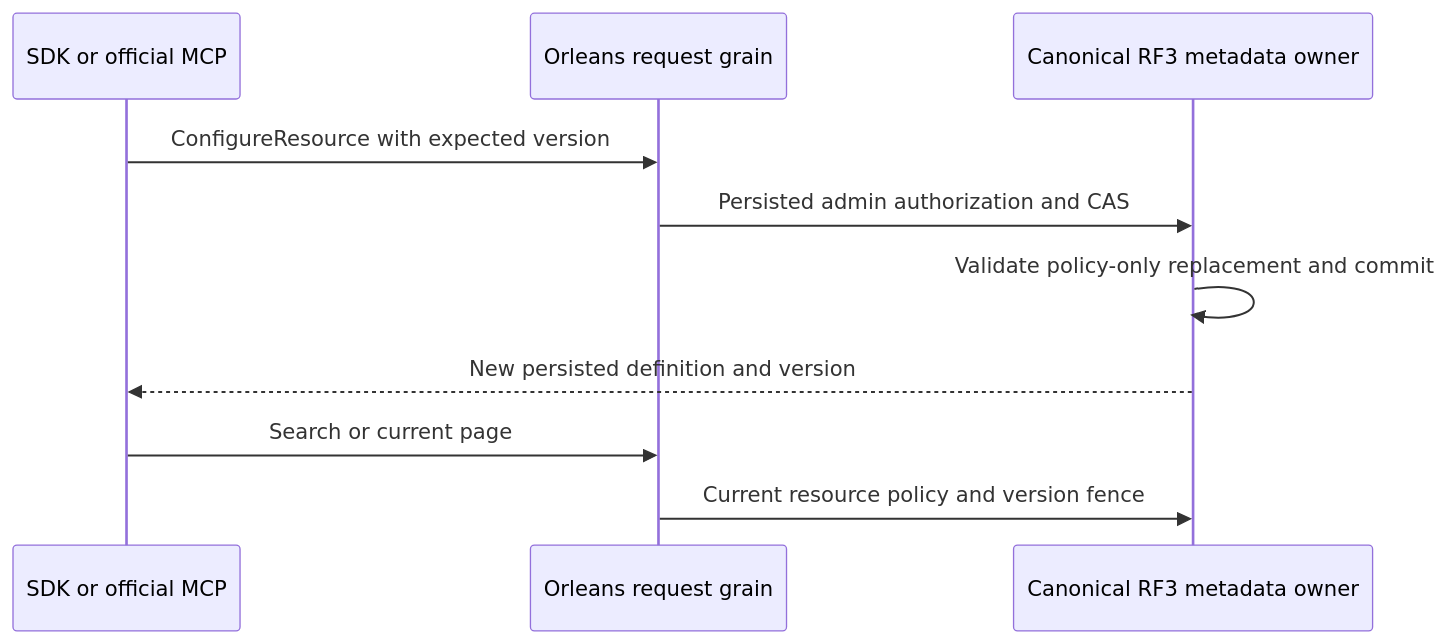
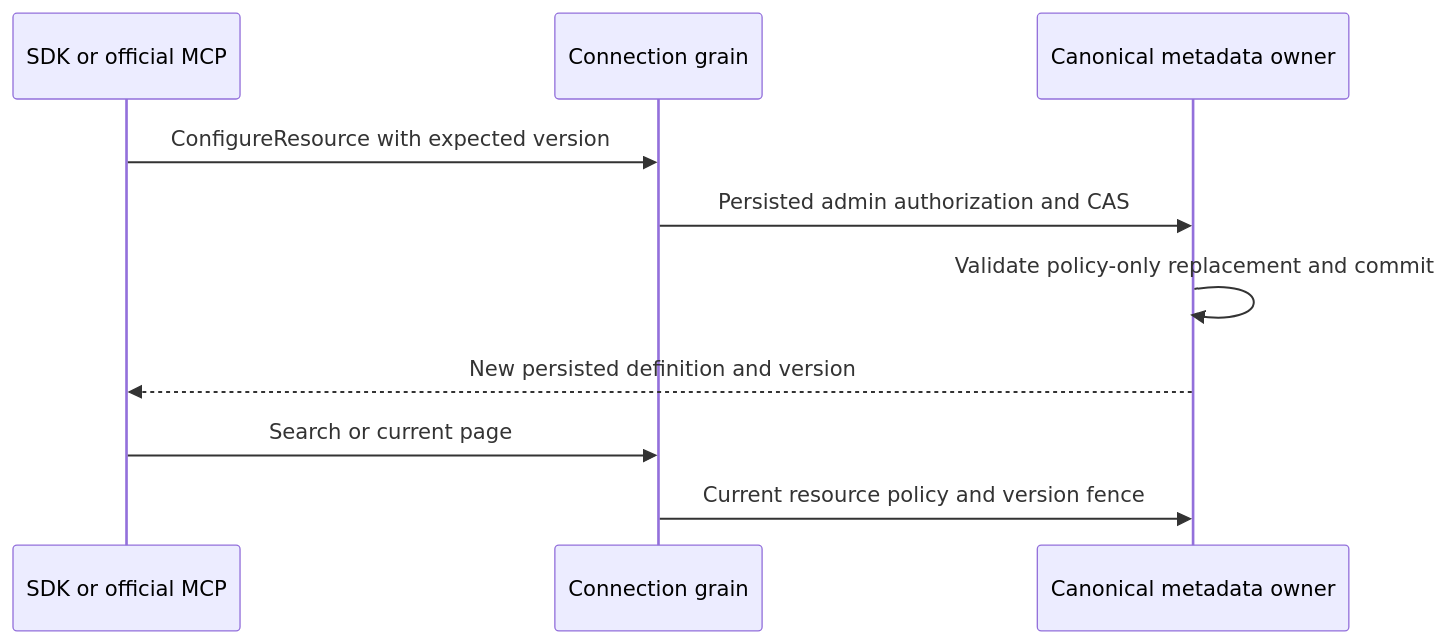
Before and after one commit to managedcode/KeyLoad: the diagram in docs/Features/Authorization/ResourcePolicyUpdates.md, drawn with Mermaid. The commit also changed other lines of this file and 7356 other files, not shown here.

````diff
--- a/docs/Features/Authorization/ResourcePolicyUpdates.md
+++ b/docs/Features/Authorization/ResourcePolicyUpdates.md
@@ -73,12 +17,12 @@
 ```mermaid
 sequenceDiagram
   participant Caller as SDK or official MCP
-  participant Request as Orleans request grain
-  participant Meta as Canonical RF3 metadata owner
+  participant Request as Connection grain
+  participant Meta as Canonical metadata owner
   Caller->>Request: ConfigureResource with expected version
   Request->>Meta: Persisted admin authorization and CAS
   Meta->>Meta: Validate policy-only replacement and commit
   Meta-->>Caller: New persisted definition and version
   Caller->>Request: Search or current page
   Request->>Meta: Current resource policy and version fence
 ```
````
